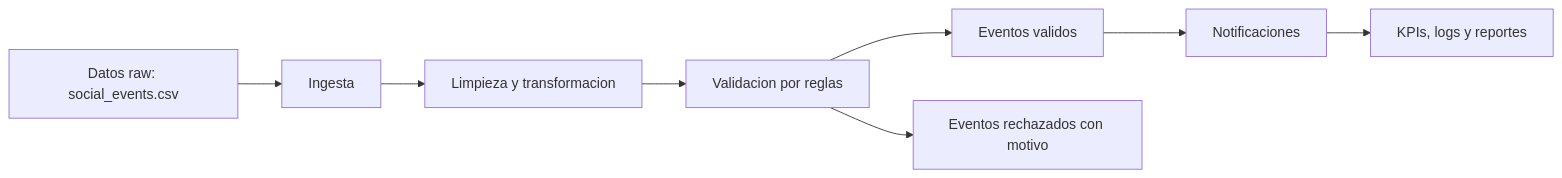
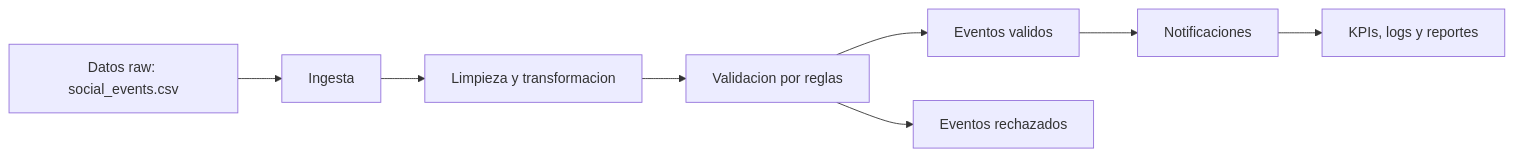
One commit to vicentehueichapan/ProyecGEIA changed the first of 2 diagrams in README.md. Above: the diagram before and after it, drawn with Mermaid. The commit also changed other lines of this file and 8 other files, not shown here.

````diff
--- a/README.md
+++ b/README.md
@@ -42,10 +49,10 @@
 ```mermaid
 flowchart LR
     A["Datos raw: social_events.csv"] --> B["Ingesta"]
     B --> C["Limpieza y transformacion"]
     C --> D["Validacion por reglas"]
     D --> E["Eventos validos"]
-    D --> F["Eventos rechazados con motivo"]
+    D --> F["Eventos rechazados"]
     E --> G["Notificaciones"]
     G --> H["KPIs, logs y reportes"]
 ```
````
